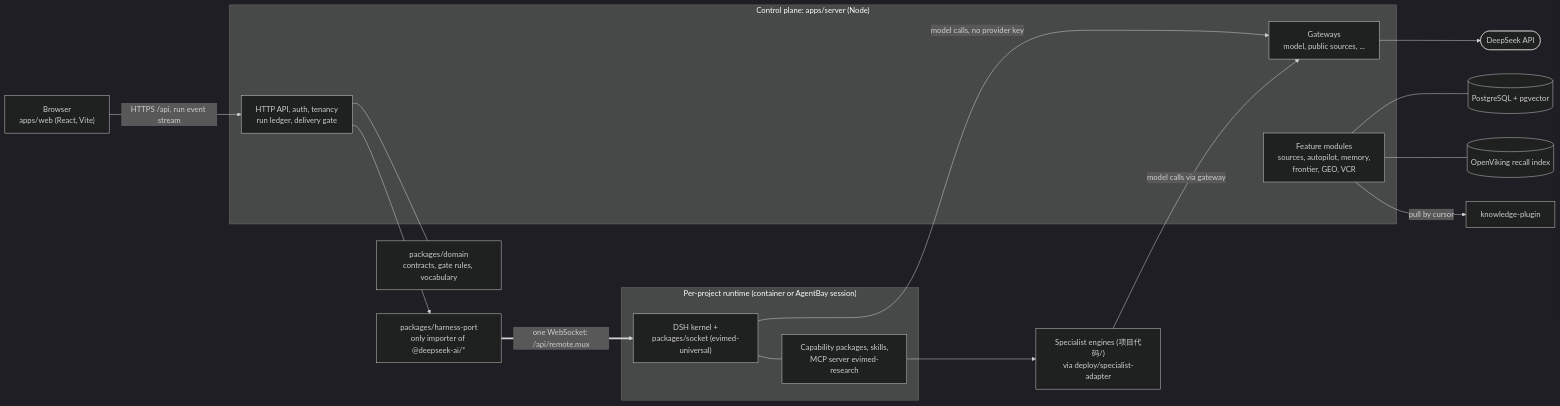
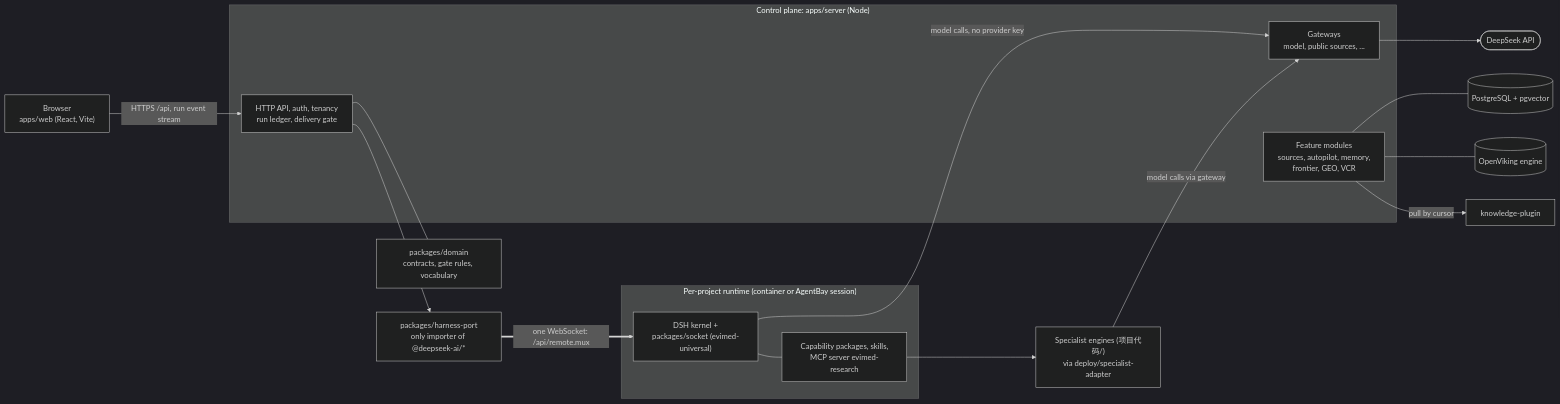
Before and after one commit to anonymous-temp/EviMed-Science: the diagram in README.md, drawn with Mermaid (dark theme). The commit also changed other lines of this file and 1 other file, not shown here.

Commit message:
docs: the front-door READMEs open with a general agent platform and describe OpenViking as the engine

````diff
--- a/README.md
+++ b/README.md
@@ -81,37 +85,37 @@
 ```mermaid
 flowchart LR
   B["Browser<br/>apps/web (React, Vite)"]
 
   subgraph CP["Control plane: apps/server (Node)"]
     API["HTTP API, auth, tenancy<br/>run ledger, delivery gate"]
     MOD["Feature modules<br/>sources, autopilot, memory,<br/>frontier, GEO, VCR"]
     GW["Gateways<br/>model, public sources, ..."]
   end
 
   DOM["packages/domain<br/>contracts, gate rules, vocabulary"]
   PORT["packages/harness-port<br/>only importer of @deepseek-ai/*"]
 
   subgraph RT["Per-project runtime (container or AgentBay session)"]
     K["DSH kernel +<br/>packages/socket (evimed-universal)"]
     SK["Capability packages, skills,<br/>MCP server evimed-research"]
   end
 
   ENG["Specialist engines (项目代码/)<br/>via deploy/specialist-adapter"]
   DS(["DeepSeek API"])
   PG[("PostgreSQL + pgvector")]
-  OV[("OpenViking recall index")]
+  OV[("OpenViking engine")]
   KP["knowledge-plugin"]
 
   B -->|"HTTPS /api, run event stream"| API
   API --- DOM
   API --> PORT
   PORT ==>|"one WebSocket: /api/remote.mux"| K
   K --- SK
   K -->|"model calls, no provider key"| GW
   GW --> DS
   SK --> ENG
   ENG -->|"model calls via gateway"| GW
   MOD --- PG
   MOD --- OV
   MOD -->|"pull by cursor"| KP
 ```
````
